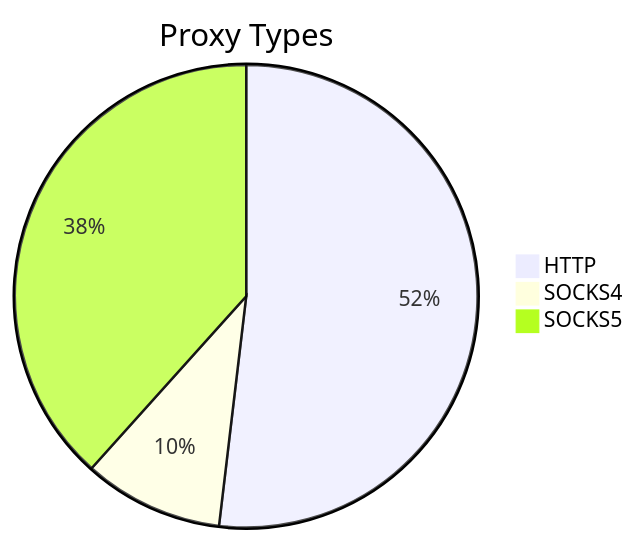
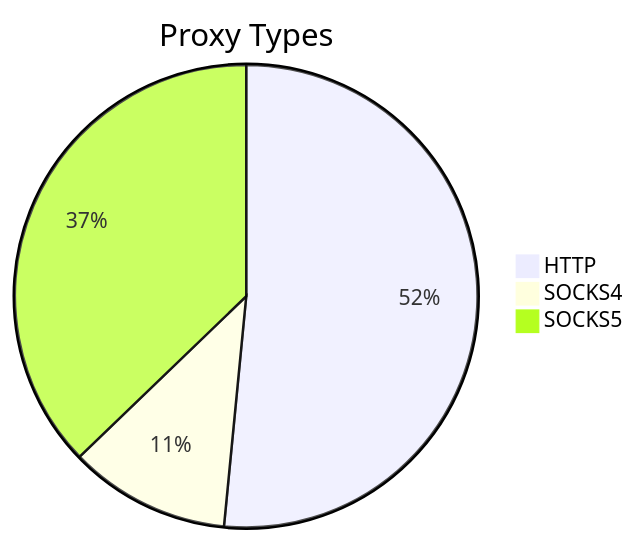
Before and after one commit to stormsia/proxy-list: the first of 2 diagrams in README.md, drawn with Mermaid. The commit also changed other lines of this file, not shown here.

````diff
--- a/README.md
+++ b/README.md
@@ -21,6 +21,6 @@
 ```mermaid
 pie title Proxy Types
-    "HTTP" : 138
-    "SOCKS4" : 26
-    "SOCKS5" : 102
+    "HTTP" : 151
+    "SOCKS4" : 33
+    "SOCKS5" : 109
 ```
````
